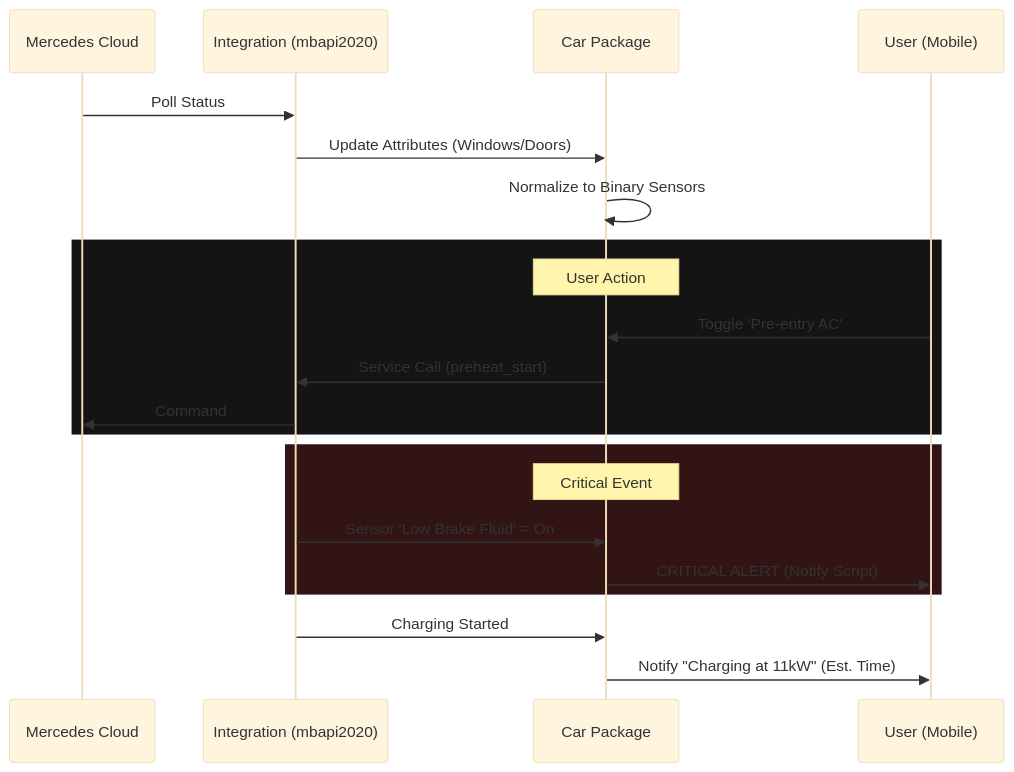
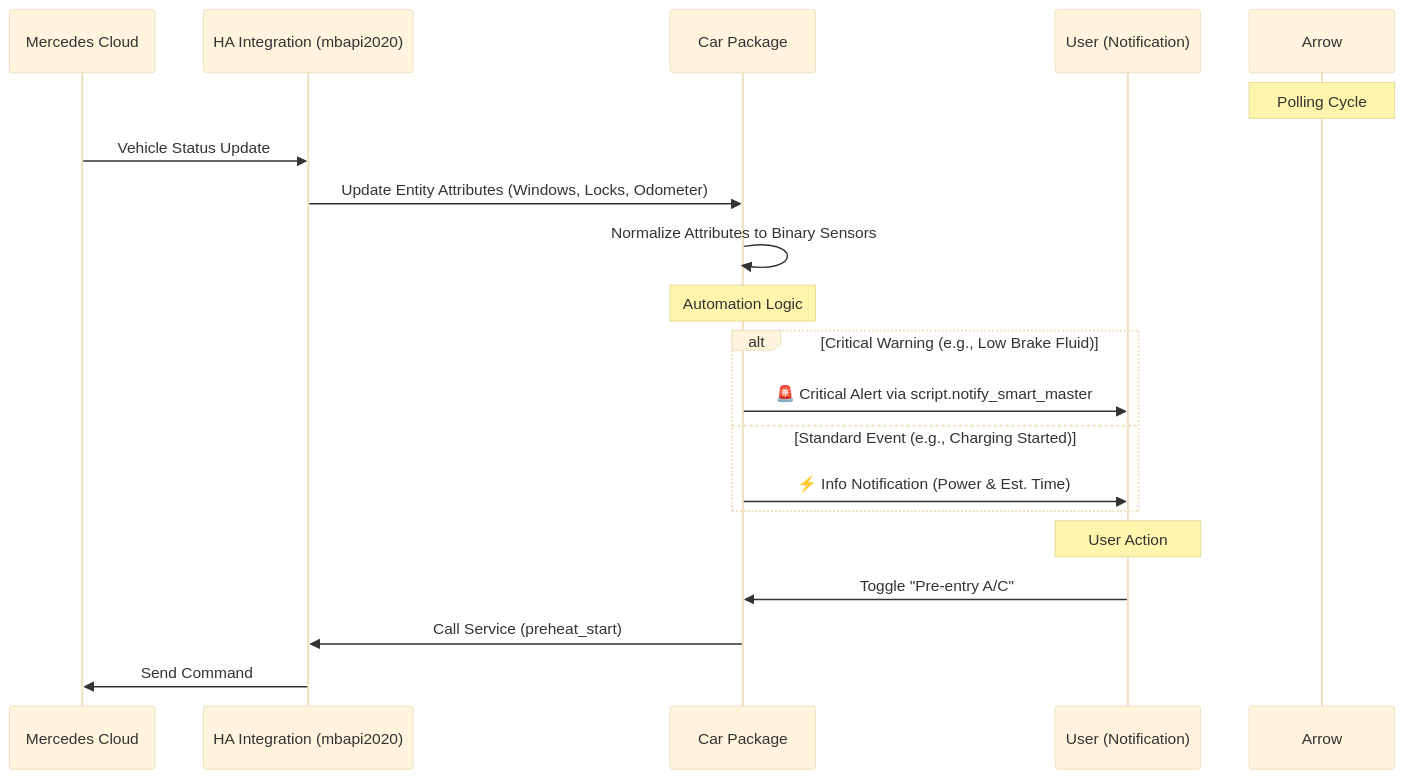
One commit to EvisHome/EvisHomeLab changed the diagram in docs/smart-home/packages/car.md. Above: the diagram before and after it, drawn with Mermaid (base theme). The commit also changed other lines of this file, not shown here.

````diff
--- a/docs/smart-home/packages/car.md
+++ b/docs/smart-home/packages/car.md
@@ -49,27 +47,24 @@
 ```mermaid
 sequenceDiagram
-    participant Cloud as Mercedes Cloud
-    participant API as Integration (mbapi2020)
-    participant HA as Car Package
-    participant User as User (Mobile)
+    participant Mercedes as Mercedes Cloud
+    participant Integration as HA Integration (mbapi2020)
+    participant Package as Car Package
+    participant User as User (Notification)
 
-    Cloud->>API: Poll Status
-    API->>HA: Update Attributes (Windows/Doors)
-    HA->>HA: Normalize to Binary Sensors
-    
-    rect rgb(20, 20, 20)
-    Note over HA: User Action
-    User->>HA: Toggle 'Pre-entry AC'
-    HA->>API: Service Call (preheat_start)
-    API->>Cloud: Command
+    Note over Arrow: Polling Cycle
+    Mercedes->>Integration: Vehicle Status Update
+    Integration->>Package: Update Entity Attributes (Windows, Locks, Odometer)
+    Package->>Package: Normalize Attributes to Binary Sensors
+
+    Note over Package: Automation Logic
+    alt Critical Warning (e.g., Low Brake Fluid)
+        Package->>User: 🚨 Critical Alert via script.notify_smart_master
+    else Standard Event (e.g., Charging Started)
+        Package->>User: ⚡ Info Notification (Power & Est. Time)
     end
-    
-    rect rgb(50, 20, 20)
-    Note over HA: Critical Event
-    API->>HA: Sensor 'Low Brake Fluid' = On
-    HA->>User: CRITICAL ALERT (Notify Script)
-    end
-    
-    API->>HA: Charging Started
-    HA->>User: Notify "Charging at 11kW" (Est. Time)
+
+    Note over User: User Action
+    User->>Package: Toggle "Pre-entry A/C"
+    Package->>Integration: Call Service (preheat_start)
+    Integration->>Mercedes: Send Command
 ```
````
